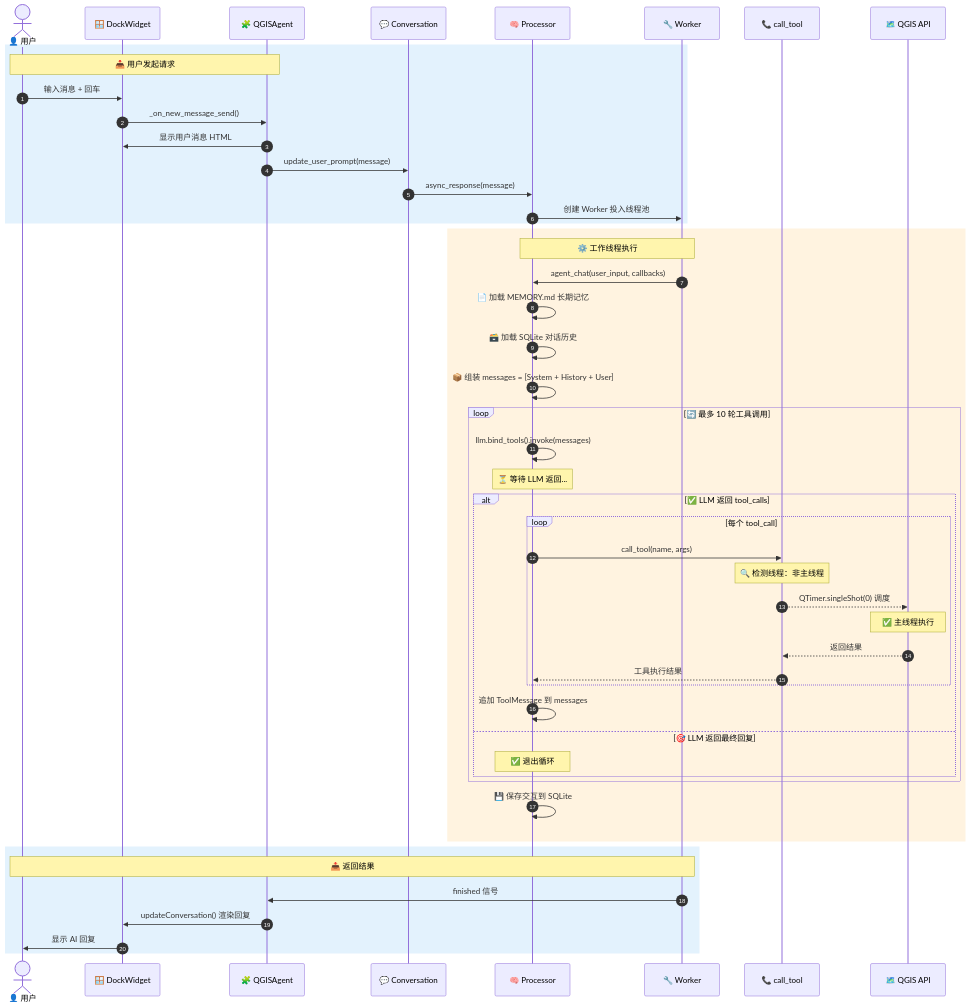
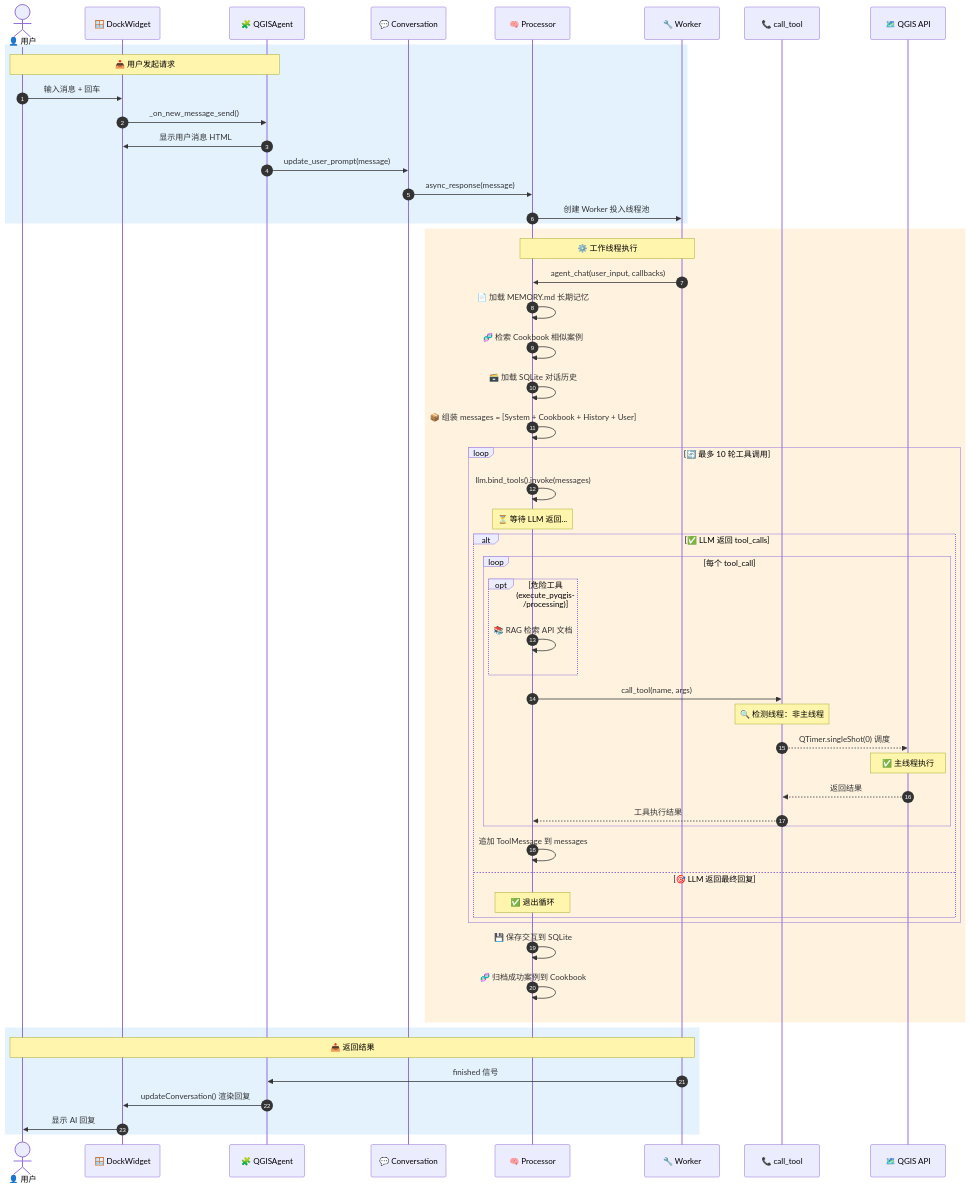
One commit to bunkmr/qgis-agent changed the second of 4 diagrams in README.md. Above: the diagram before and after it, drawn with Mermaid. The commit also changed other lines of this file and 26 other files, not shown here.

Commit message:
v1.2.0: 新增 RAG 检索 + Cookbook + 跳过确认开关，修复 RAG 导入错误

````diff
--- a/README.md
+++ b/README.md
@@ -53,58 +79,63 @@
 ```mermaid
 sequenceDiagram
     autonumber
     actor User as 👤 用户
     participant UI as 🪟 DockWidget
     participant Agent as 🧩 QGISAgent
     participant Conv as 💬 Conversation
     participant Proc as 🧠 Processor
     participant Worker as 🔧 Worker
     participant Tool as 📞 call_tool
     participant QGIS as 🗺️ QGIS API
 
     rect rgb(227, 242, 253)
         Note over User,Agent: 📥 用户发起请求
         User->>UI: 输入消息 + 回车
         UI->>Agent: _on_new_message_send()
         Agent->>UI: 显示用户消息 HTML
         Agent->>Conv: update_user_prompt(message)
         Conv->>Proc: async_response(message)
         Proc->>Worker: 创建 Worker 投入线程池
     end
 
     rect rgb(255, 243, 224)
         Note over Worker,Proc: ⚙️ 工作线程执行
         Worker->>Proc: agent_chat(user_input, callbacks)
         Proc->>Proc: 📄 加载 MEMORY.md 长期记忆
+        Proc->>Proc: 🧬 检索 Cookbook 相似案例
         Proc->>Proc: 🗃️ 加载 SQLite 对话历史
-        Proc->>Proc: 📦 组装 messages = [System + History + User]
+        Proc->>Proc: 📦 组装 messages = [System + Cookbook + History + User]
 
         loop 🔄 最多 10 轮工具调用
             Proc->>Proc: llm.bind_tools().invoke(messages)
             Note over Proc: ⏳ 等待 LLM 返回...
 
             alt ✅ LLM 返回 tool_calls
                 loop 每个 tool_call
+                    opt 危险工具 (execute_pyqgis/processing)
+                        Proc->>Proc: 📚 RAG 检索 API 文档
+                    end
                     Proc->>Tool: call_tool(name, args)
                     Note over Tool: 🔍 检测线程：非主线程
                     Tool-->>QGIS: QTimer.singleShot(0) 调度
                     Note over QGIS: ✅ 主线程执行
                     QGIS-->>Tool: 返回结果
                     Tool-->>Proc: 工具执行结果
                 end
                 Proc->>Proc: 追加 ToolMessage 到 messages
             else 🎯 LLM 返回最终回复
                 Note over Proc: ✅ 退出循环
             end
         end
 
         Proc->>Proc: 💾 保存交互到 SQLite
+        Proc->>Proc: 🧬 归档成功案例到 Cookbook
     end
 
     rect rgb(227, 242, 253)
         Note over Worker,User: 📤 返回结果
         Worker->>Agent: finished 信号
         Agent->>UI: updateConversation() 渲染回复
         UI->>User: 显示 AI 回复
     end
 ```
````
